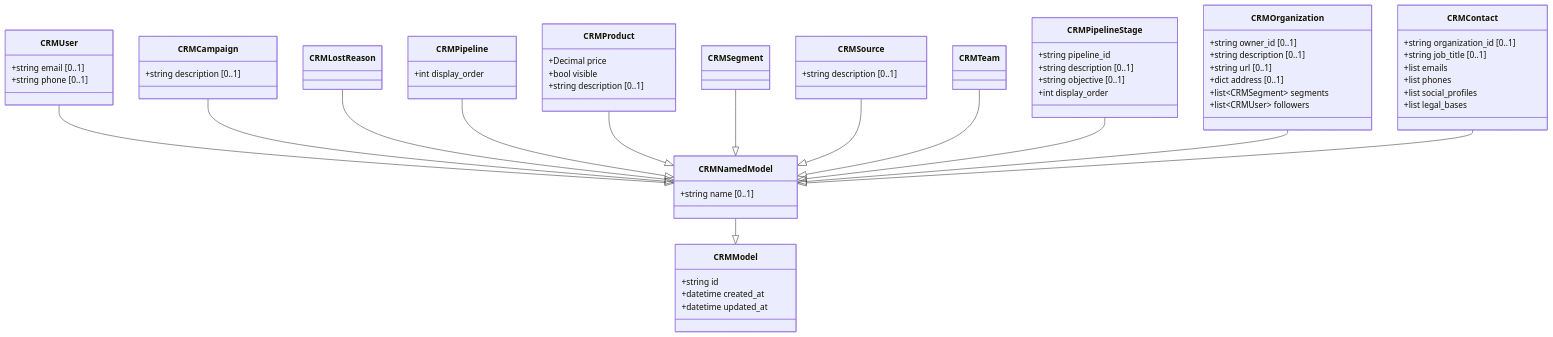
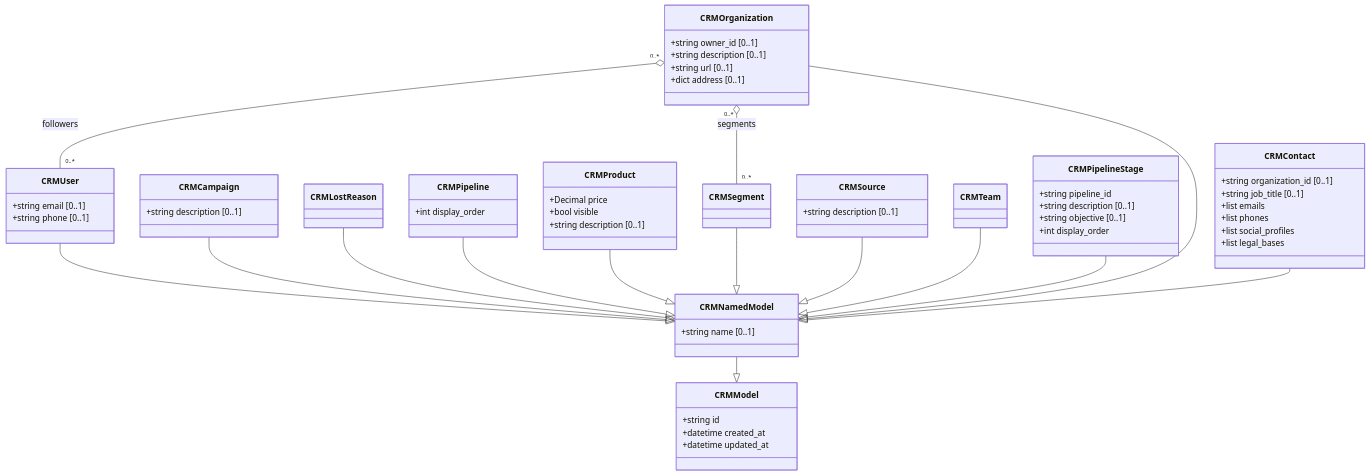
The diagram in README.md (hcubasd/fluffy-waddle), drawn with Mermaid before and after one commit.

Commit message:
show class associations as UML aggregation lines in class diagram

````diff
--- a/README.md
+++ b/README.md
@@ -7,68 +7,68 @@
 ```mermaid
 classDiagram
     class CRMModel {
         +string id
         +datetime created_at
         +datetime updated_at
     }
     class CRMNamedModel {
         +string name [0..1]
     }
     class CRMUser {
         +string email [0..1]
         +string phone [0..1]
     }
     class CRMCampaign {
         +string description [0..1]
     }
     class CRMLostReason
     class CRMPipeline {
         +int display_order
     }
     class CRMProduct {
         +Decimal price
         +bool visible
         +string description [0..1]
     }
     class CRMSegment
     class CRMSource {
         +string description [0..1]
     }
     class CRMTeam
 
     class CRMPipelineStage {
         +string pipeline_id
         +string description [0..1]
         +string objective [0..1]
         +int display_order
     }
     class CRMOrganization {
         +string owner_id [0..1]
         +string description [0..1]
         +string url [0..1]
         +dict address [0..1]
-        +list~CRMSegment~ segments
-        +list~CRMUser~ followers
     }
     class CRMContact {
         +string organization_id [0..1]
         +string job_title [0..1]
         +list emails
         +list phones
         +list social_profiles
         +list legal_bases
     }
 
     CRMNamedModel --|> CRMModel
     CRMUser --|> CRMNamedModel
     CRMCampaign --|> CRMNamedModel
     CRMLostReason --|> CRMNamedModel
     CRMPipeline --|> CRMNamedModel
     CRMProduct --|> CRMNamedModel
     CRMSegment --|> CRMNamedModel
     CRMSource --|> CRMNamedModel
     CRMTeam --|> CRMNamedModel
     CRMPipelineStage --|> CRMNamedModel
     CRMOrganization --|> CRMNamedModel
     CRMContact --|> CRMNamedModel
+    CRMOrganization "0..*" o-- "0..*" CRMSegment : segments
+    CRMOrganization "0..*" o-- "0..*" CRMUser : followers
 ```
````
